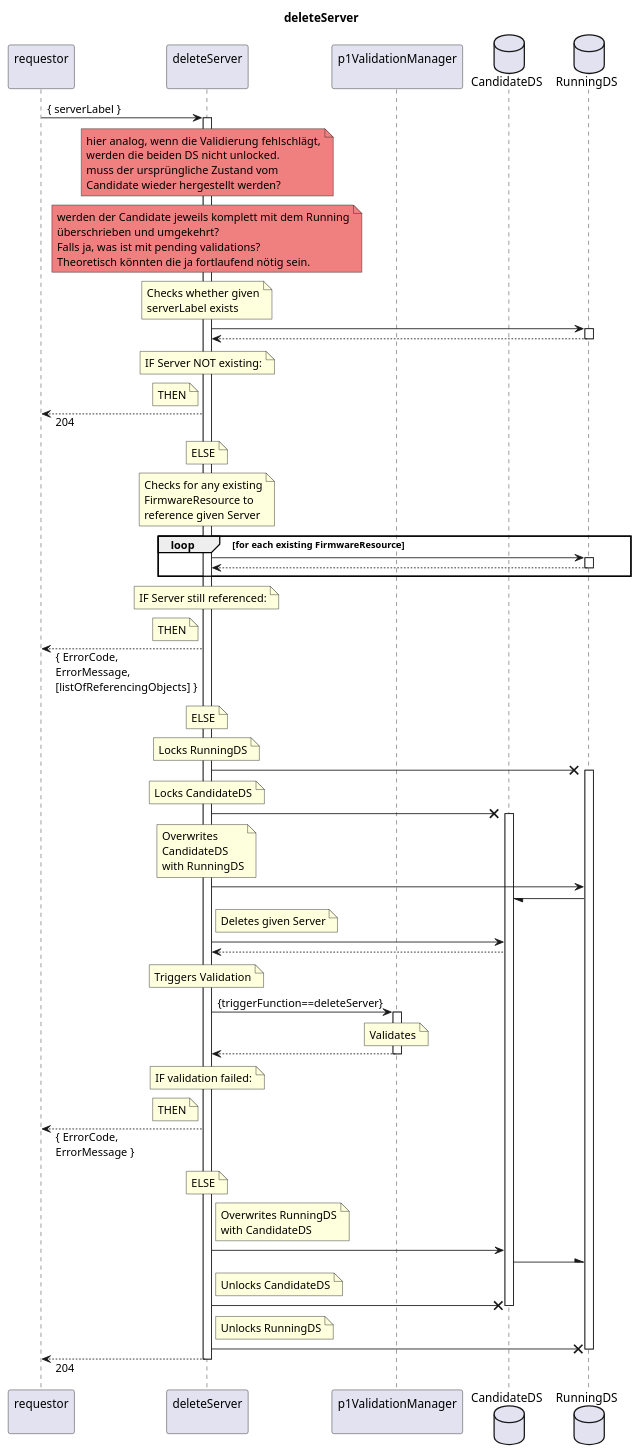
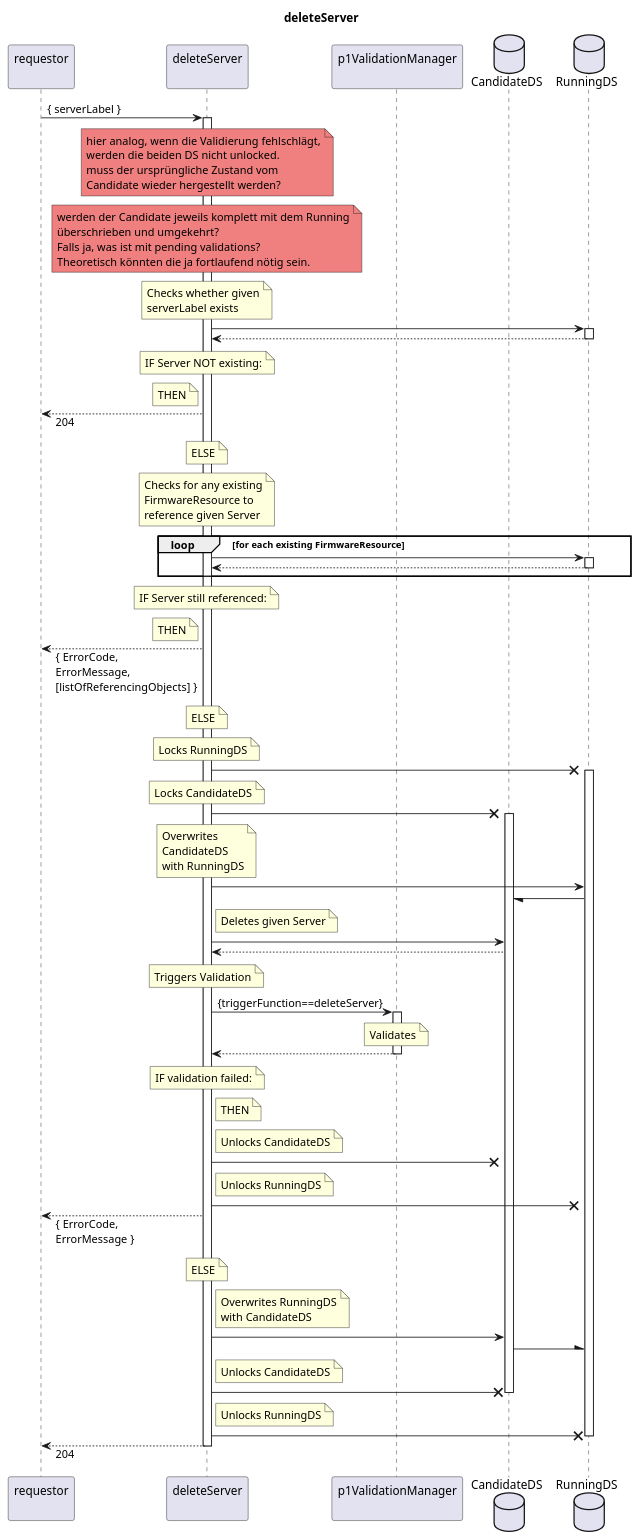
One commit to openBackhaul/FirmWareManager changed the diagram in spec/Services/deleteServer/1.0.0/deleteServer.plantuml. Above: the diagram before and after it, drawn with PlantUML. The commit also changed 25 other files, not shown here.

```diff
--- a/spec/Services/deleteServer/1.0.0/deleteServer.plantuml
+++ b/spec/Services/deleteServer/1.0.0/deleteServer.plantuml
@@ -1,137 +1,145 @@
 @startuml deleteServer
 skinparam responseMessageBelowArrow true
 
 title
   deleteServer
 end title
 
 participant "requestor\n" as requestor
 participant "deleteServer\n" as indServ
 participant "p1ValidationManager\n" as valiMan
 database "CandidateDS" as CanDS
 database "RunningDS" as RunDS
 
 requestor -> indServ: { serverLabel }
 activate indServ
 
   note over indServ #lightcoral
     hier analog, wenn die Validierung fehlschlägt,
     werden die beiden DS nicht unlocked.
     muss der ursprüngliche Zustand vom 
     Candidate wieder hergestellt werden?
   end note
   note over indServ #lightcoral
     werden der Candidate jeweils komplett mit dem Running
     überschrieben und umgekehrt?
     Falls ja, was ist mit pending validations?
     Theoretisch könnten die ja fortlaufend nötig sein.
   end note
 
   note over indServ
     Checks whether given
     serverLabel exists
   end note
   indServ -> RunDS
   activate RunDS
   indServ <-- RunDS
   deactivate RunDS
   note over indServ
     IF Server NOT existing:
   end note
   note left indServ
     THEN
   end note
   requestor <-- indServ: 204
   note over indServ
     ELSE
   end note
 
   note over indServ
     Checks for any existing
     FirmwareResource to
     reference given Server
   end note
   loop for each existing FirmwareResource
     indServ -> RunDS
     activate RunDS
     indServ <-- RunDS
     deactivate RunDS
   end loop
   note over indServ
     IF Server still referenced:
   end note
   note left indServ
     THEN
   end note
   requestor <-- indServ: { ErrorCode,\nErrorMessage,\n[listOfReferencingObjects] }
   note over indServ
     ELSE
   end note
 
   note over indServ
     Locks RunningDS
   end note
   indServ -X RunDS
   activate RunDS
   note over indServ
     Locks CandidateDS
   end note
   indServ -X CanDS
   activate CanDS
   note over indServ
     Overwrites
     CandidateDS
     with RunningDS
   end note
   indServ -> RunDS
   RunDS -/ CanDS
 
   note right indServ
     Deletes given Server
   end note
   indServ -> CanDS
   indServ <-- CanDS
 
   note over indServ
     Triggers Validation
   end note
   indServ -> valiMan: {triggerFunction==deleteServer}
   activate valiMan
     note over valiMan
       Validates
     end note
   indServ <-- valiMan
   deactivate valiMan
   note over indServ
     IF validation failed:
   end note
-  note left indServ
+  note right indServ
     THEN
   end note
+  note right indServ
+    Unlocks CandidateDS
+  end note
+  indServ -X CanDS
+  note right indServ
+    Unlocks RunningDS
+  end note
+  indServ -X RunDS
   requestor <-- indServ: { ErrorCode,\nErrorMessage }
   note over indServ
     ELSE
   end note
 
   note right indServ
     Overwrites RunningDS
     with CandidateDS
   end note
   indServ -> CanDS
   CanDS -\ RunDS
   note right indServ
     Unlocks CandidateDS
   end note
   indServ -X CanDS
   deactivate CanDS
   note right indServ
     Unlocks RunningDS
   end note
   indServ -X RunDS
   deactivate RunDS
 
   requestor <-- indServ: 204
 
 deactivate indServ
 
 @enduml
```
